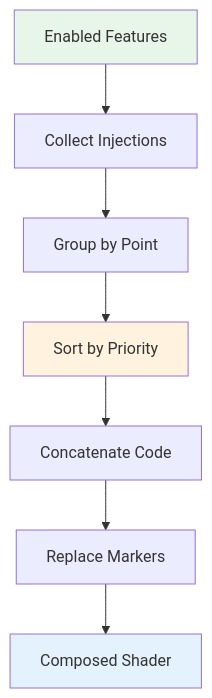
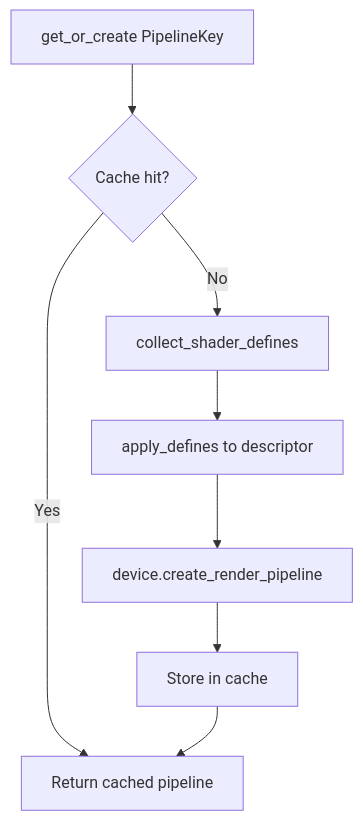
Before and after one commit to Far-Beyond-Pulsar/docs: the second of 3 diagrams in public/docs/core-concepts/experiments/Helio/feature-system.md, drawn with Mermaid. The commit also changed other lines of this file and 19 other files, not shown here.

````diff
--- a/public/docs/core-concepts/experiments/Helio/feature-system.md
+++ b/public/docs/core-concepts/experiments/Helio/feature-system.md
@@ -163,13 +487,10 @@
 ```mermaid
-graph TD
-    A[Enabled Features] --> B[Collect Injections]
-    B --> C[Group by Point]
-    C --> D[Sort by Priority]
-    D --> E[Concatenate Code]
-    E --> F[Replace Markers]
-    F --> G[Composed Shader]
-    
-    style A fill:#E8F5E9
-    style D fill:#FFF3E0
-    style G fill:#E3F2FD
+flowchart TD
+    A[get_or_create PipelineKey] --> B{Cache hit?}
+    B -- Yes --> C[Return cached pipeline]
+    B -- No --> D[collect_shader_defines]
+    D --> E[apply_defines to descriptor]
+    E --> F[device.create_render_pipeline]
+    F --> G[Store in cache]
+    G --> C
 ```
````
